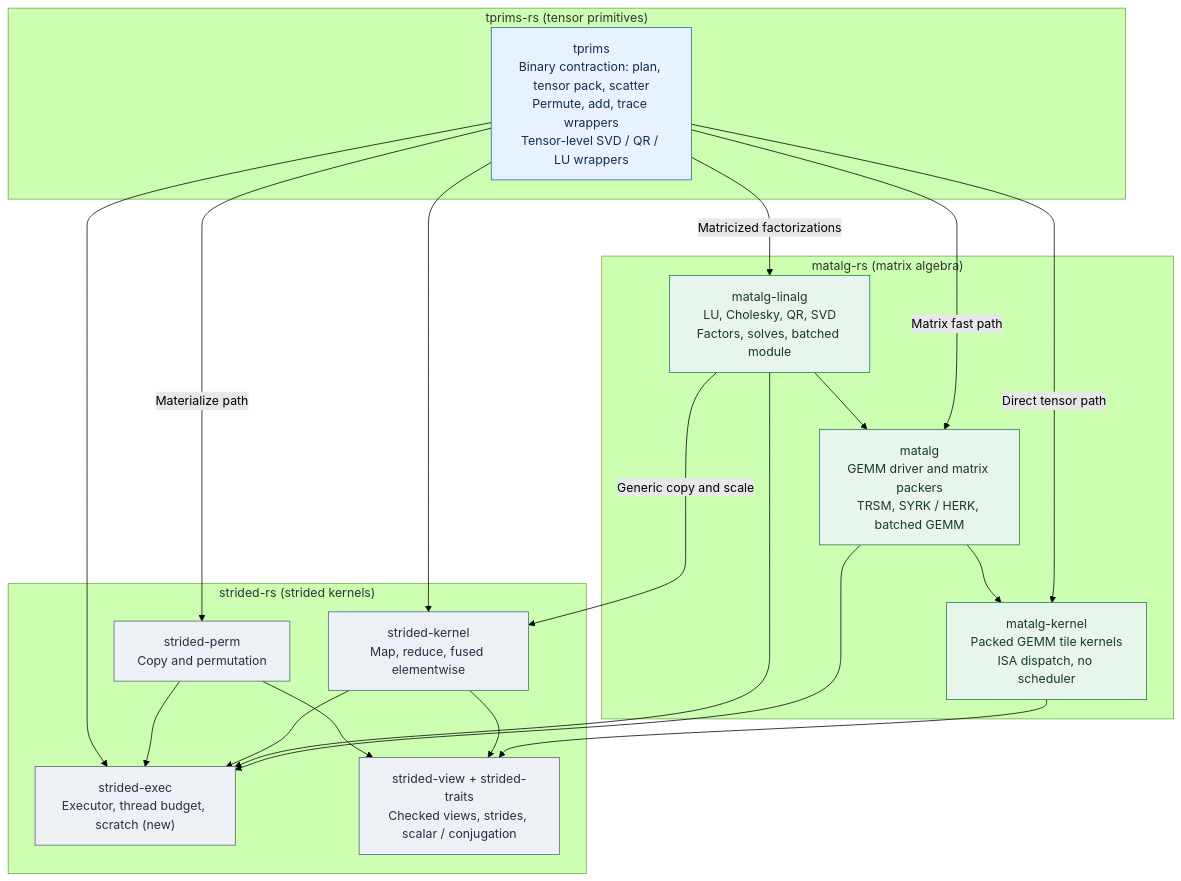
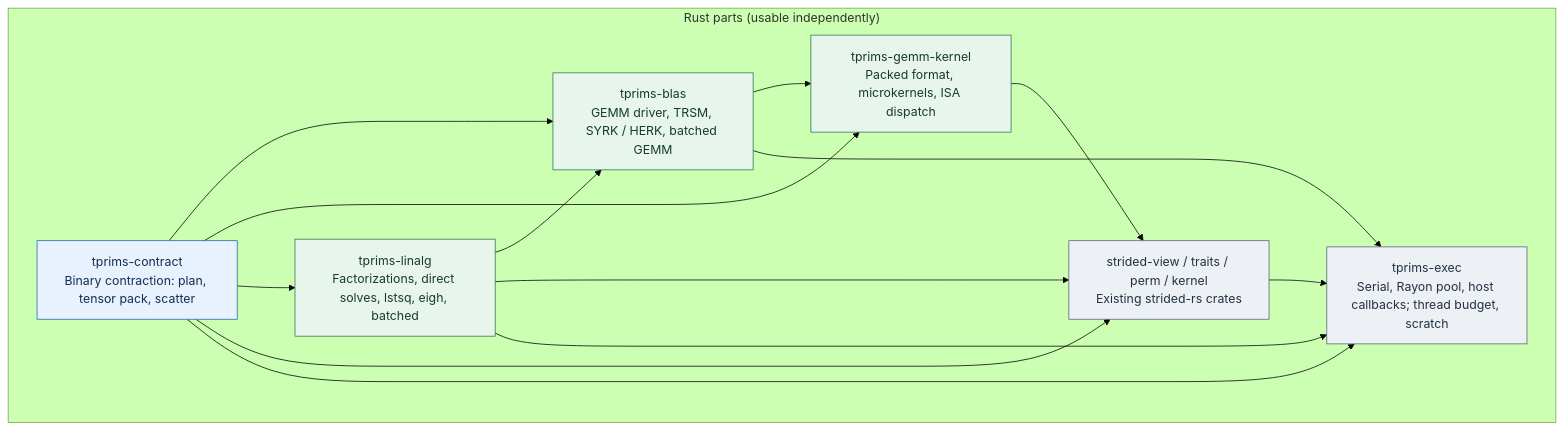
One commit to shinaoka/tensoralgebra-rs changed the first of 2 diagrams in README.md. Above: the diagram before and after it, drawn with Mermaid (forest theme). The commit also changed other lines of this file and 5 other files, not shown here.

First line of the commit message:
Redesign as independent tprims-* parts with a bundled C ABI

````diff
--- a/README.md
+++ b/README.md
@@ -18,38 +26,29 @@
 ```mermaid
 flowchart TB
-    subgraph T["tprims-rs (tensor primitives)"]
-        TP["tprims<br/>Binary contraction: plan, tensor pack, scatter<br/>Permute, add, trace wrappers<br/>Tensor-level SVD / QR / LU wrappers"]
+    subgraph R["Rust parts (usable independently)"]
+        CT["tprims-contract<br/>Binary contraction: plan, tensor pack, scatter"]
+        LA["tprims-linalg<br/>Factorizations, direct solves, lstsq, eigh, batched"]
+        BL["tprims-blas<br/>GEMM driver, TRSM, SYRK / HERK, batched GEMM"]
+        GK["tprims-gemm-kernel<br/>Packed format, microkernels, ISA dispatch"]
+        ST["strided-view / traits / perm / kernel<br/>Existing strided-rs crates"]
+        EX["tprims-exec<br/>Serial, Rayon pool, host callbacks; thread budget, scratch"]
     end
-    subgraph M["matalg-rs (matrix algebra)"]
-        ML["matalg-linalg<br/>LU, Cholesky, QR, SVD<br/>Factors, solves, batched module"]
-        MA["matalg<br/>GEMM driver and matrix packers<br/>TRSM, SYRK / HERK, batched GEMM"]
-        MK["matalg-kernel<br/>Packed GEMM tile kernels<br/>ISA dispatch, no scheduler"]
-    end
-    subgraph S["strided-rs (strided kernels)"]
-        SK["strided-kernel<br/>Map, reduce, fused elementwise"]
-        SP["strided-perm<br/>Copy and permutation"]
-        SE["strided-exec<br/>Executor, thread budget, scratch (new)"]
-        SV["strided-view + strided-traits<br/>Checked views, strides, scalar / conjugation"]
-    end
-    TP -->|"Direct tensor path"| MK
-    TP -->|"Matrix fast path"| MA
-    TP -->|"Matricized factorizations"| ML
-    TP -->|"Materialize path"| SP
-    TP --> SK
-    ML --> MA --> MK
-    ML -->|"Generic copy and scale"| SK
-    MK --> SV
-    MA --> SE
-    ML --> SE
-    SK --> SV
-    SP --> SV
-    SK --> SE
-    SP --> SE
-    TP --> SE
-    classDef tensorLayer fill:#e8f2ff,stroke:#2563a6,color:#132f50
-    classDef matrixLayer fill:#e7f5ec,stroke:#28784c,color:#173d27
-    classDef sharedLayer fill:#edf0f4,stroke:#536477,color:#233244
-    class TP tensorLayer
-    class ML,MA,MK matrixLayer
-    class SK,SP,SE,SV sharedLayer
+    CT --> BL
+    CT --> GK
+    CT --> LA
+    CT --> ST
+    LA --> BL
+    LA --> ST
+    BL --> GK
+    GK --> ST
+    BL --> EX
+    LA --> EX
+    CT --> EX
+    ST --> EX
+    classDef tensor fill:#e8f2ff,stroke:#2563a6,color:#132f50
+    classDef matrix fill:#e7f5ec,stroke:#28784c,color:#173d27
+    classDef base fill:#edf0f4,stroke:#536477,color:#233244
+    class CT tensor
+    class LA,BL,GK matrix
+    class ST,EX base
 ```
````
